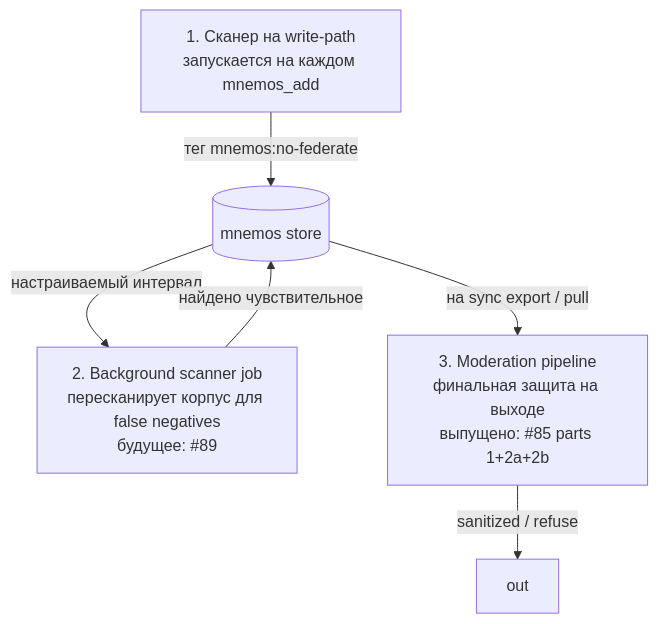
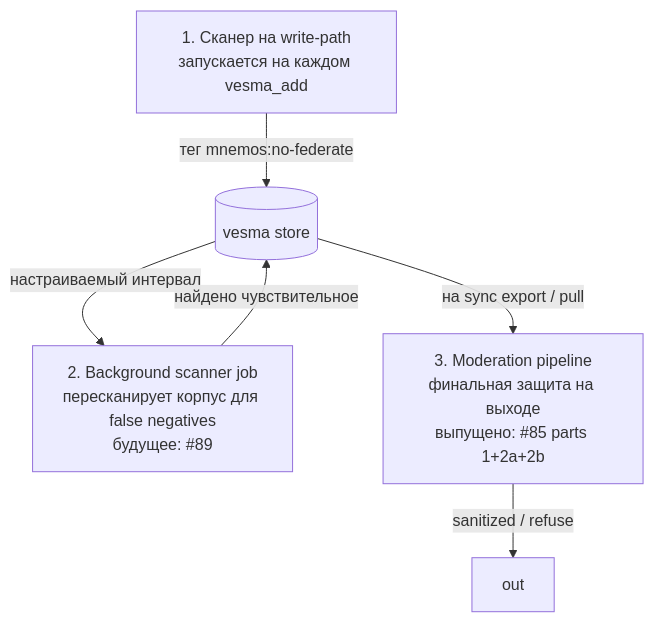
The diagram in viewer/src/features/docs/content/upstream/mnemos/ru/admin/security.md (vesmaro/vesma-eyes), drawn with Mermaid before and after one commit. The commit also changed other lines of this file and 76 other files, not shown here.

````diff
--- a/viewer/src/features/docs/content/upstream/mnemos/ru/admin/security.md
+++ b/viewer/src/features/docs/content/upstream/mnemos/ru/admin/security.md
@@ -419,8 +419,8 @@
 ```mermaid
 flowchart TB
-    L1[1. Сканер на write-path<br/>запускается на каждом mnemos_add] -->|тег mnemos:no-federate| DB[(mnemos store)]
+    L1[1. Сканер на write-path<br/>запускается на каждом vesma_add] -->|тег mnemos:no-federate| DB[(vesma store)]
     DB -->|настраиваемый интервал| L2[2. Background scanner job<br/>пересканирует корпус для false negatives<br/>будущее: #89]
     L2 -->|найдено чувствительное| DB
     DB -->|на sync export / pull| L3[3. Moderation pipeline<br/>финальная защита на выходе<br/>выпущено: #85 parts 1+2a+2b]
     L3 -->|sanitized / refuse| OUT[out]
 ```
````
